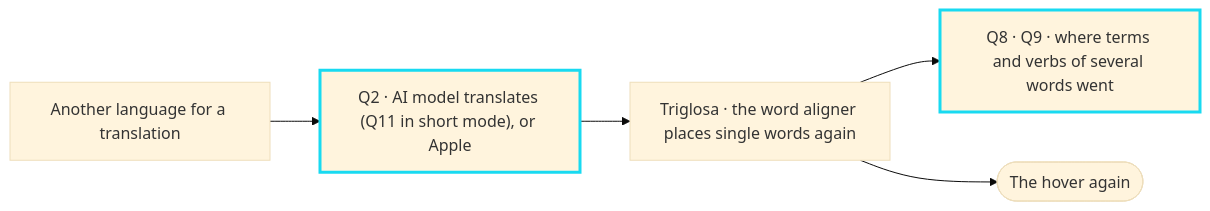
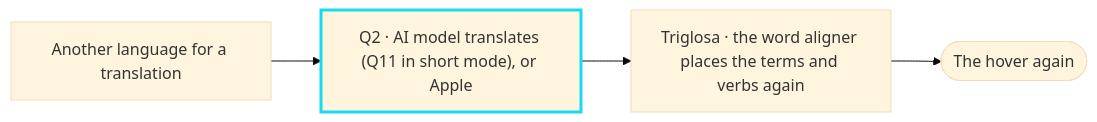
The eighth of 8 diagrams in docs/behind-a-translation.md (mdd335/triglosa), drawn with Mermaid (base theme) before and after one commit. The commit also changed other lines of this file and 118 other files, not shown here.

````diff
--- a/docs/behind-a-translation.md
+++ b/docs/behind-a-translation.md
@@ -274,10 +297,9 @@
 ```mermaid
 flowchart LR
   CH["Another language for a translation"] --> NEW["Q2 · AI model translates (Q11 in short mode), or Apple"]
-  NEW --> AL["Triglosa · the word aligner places single words again"]
-  AL --> Q8["Q8 · Q9 · where terms and verbs of several words went"]
+  NEW --> AL["Triglosa · the word aligner places the terms and verbs again"]
   AL --> HOV(["The hover again"])
 
   classDef model stroke:#18daf1,stroke-width:3px
-  class NEW,Q8 model
+  class NEW model
 ```
````
